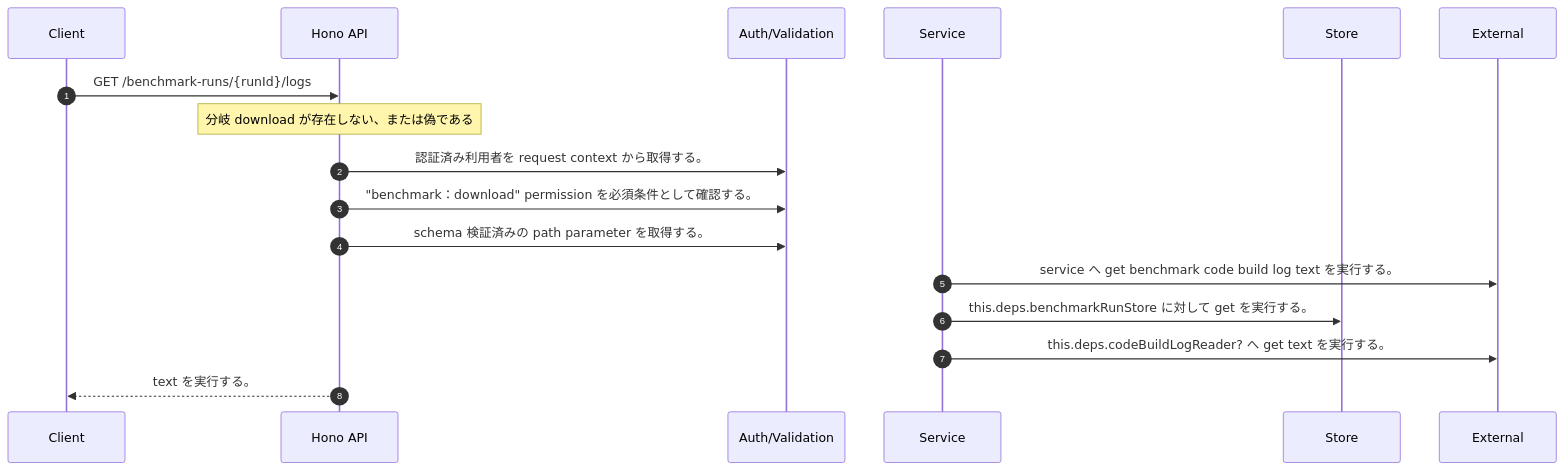
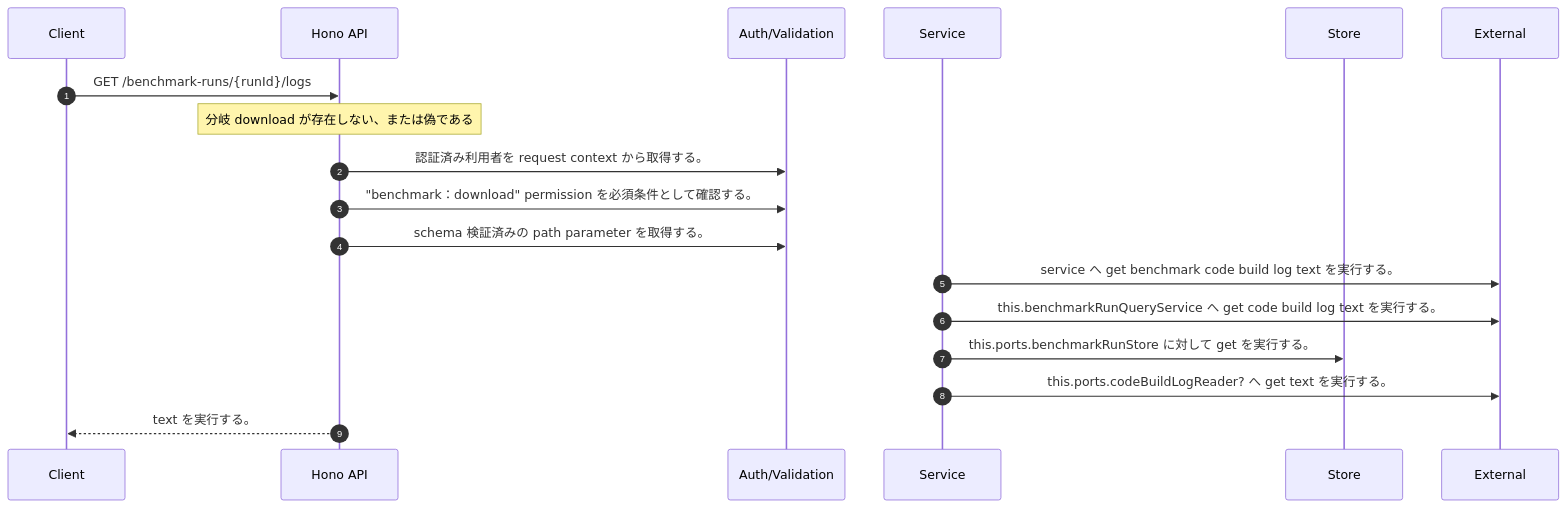
The diagram in docs/generated/api-code/get-benchmark-runs-runid-logs/sequence_gen.md (tsuji-tomonori/rag-assist), drawn with Mermaid before and after one commit. The commit also changed other lines of this file and 304 other files, not shown here.

Commit message:
♻️ refactor(benchmark): run query を narrow port へ分離

````diff
--- a/docs/generated/api-code/get-benchmark-runs-runid-logs/sequence_gen.md
+++ b/docs/generated/api-code/get-benchmark-runs-runid-logs/sequence_gen.md
@@ -7,19 +7,20 @@
 ```mermaid
 sequenceDiagram
   autonumber
   participant Client as Client
   participant API as Hono API
   participant Auth as Auth/Validation
   participant Service as Service
   participant Store as Store
   participant External as External
   Client->>API: GET /benchmark-runs/{runId}/logs
   Note over API: 分岐 download が存在しない、または偽である
   API->>Auth: 認証済み利用者を request context から取得する。
   API->>Auth: "benchmark：download" permission を必須条件として確認する。
   API->>Auth: schema 検証済みの path parameter を取得する。
   Service->>External: service へ get benchmark code build log text を実行する。
-  Service->>Store: this.deps.benchmarkRunStore に対して get を実行する。
-  Service->>External: this.deps.codeBuildLogReader? へ get text を実行する。
+  Service->>External: this.benchmarkRunQueryService へ get code build log text を実行する。
+  Service->>Store: this.ports.benchmarkRunStore に対して get を実行する。
+  Service->>External: this.ports.codeBuildLogReader? へ get text を実行する。
   API-->>Client: text を実行する。
 ```
````
